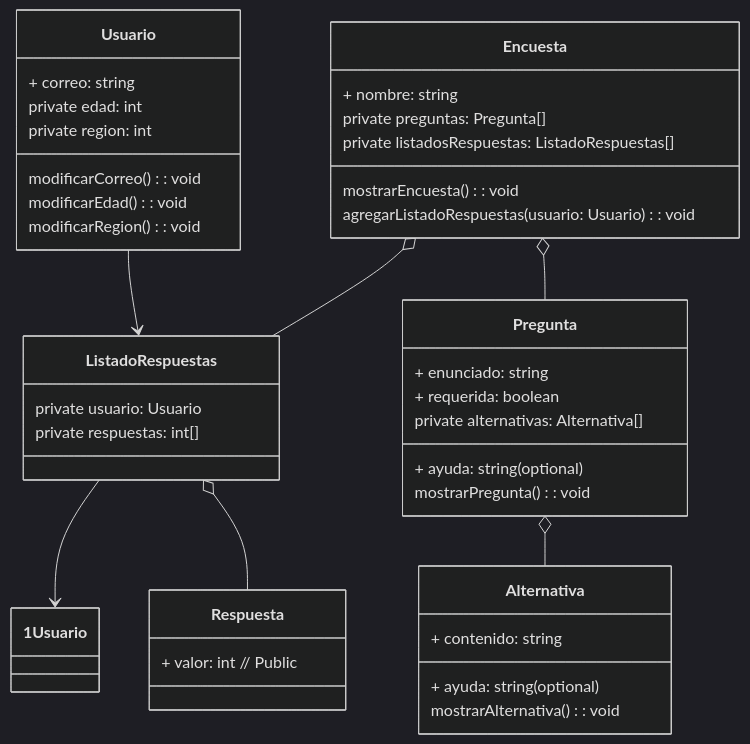
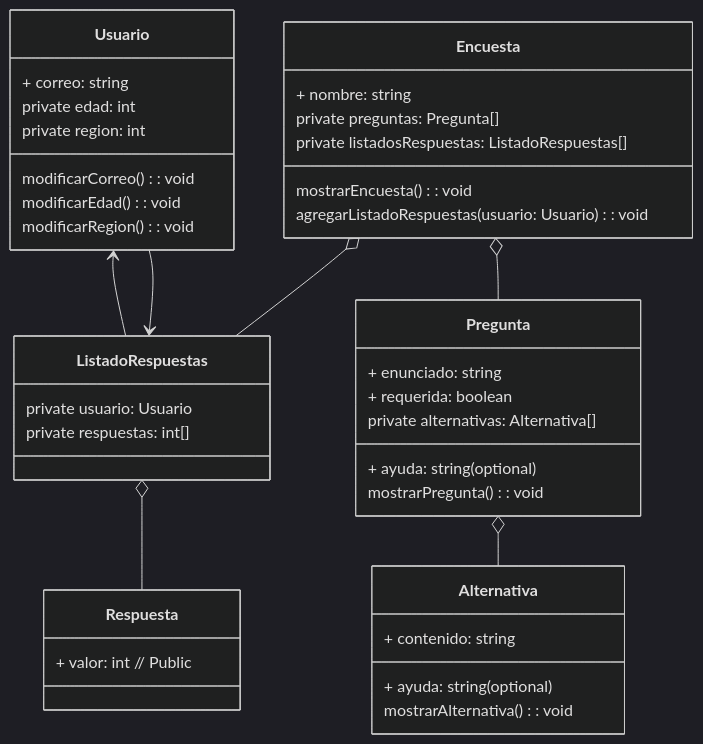
The diagram in M4/diagramas encuestas/README.md (saert3311/python_g3_desafio_latam), drawn with Mermaid (dark theme) before and after one commit.

````diff
--- a/M4/diagramas encuestas/README.md
+++ b/M4/diagramas encuestas/README.md
@@ -1,53 +1,53 @@
 ```mermaid
 classDiagram
   class Usuario {
     + correo: string
     private edad: int
     private region: int
     
     modificarCorreo(): void
     modificarEdad(): void 
     modificarRegion(): void 
   }
   
   class Encuesta {
     + nombre: string
     private preguntas: Pregunta[]
     private listadosRespuestas: ListadoRespuestas[]  
     
     mostrarEncuesta(): void
     agregarListadoRespuestas(usuario: Usuario): void 
   }
   
   class Pregunta {
     + enunciado: string 
     + ayuda: string (optional) 
     + requerida: boolean 
     private alternativas: Alternativa[]  
     
     mostrarPregunta(): void
   }
   
   class Alternativa {
     + contenido: string 
     + ayuda: string (optional) 
     
     mostrarAlternativa(): void
   }
   
   class ListadoRespuestas {
     private usuario: Usuario  
     private respuestas: int[] 
   }
   
   class Respuesta {
     + valor: int // Public
   }
   
   Usuario --> ListadoRespuestas
   Encuesta o-- Pregunta
   Encuesta o-- ListadoRespuestas
   Pregunta o-- Alternativa
-  ListadoRespuestas --> 1 Usuario
+  ListadoRespuestas --> Usuario
   ListadoRespuestas o-- Respuesta
 ```
````
